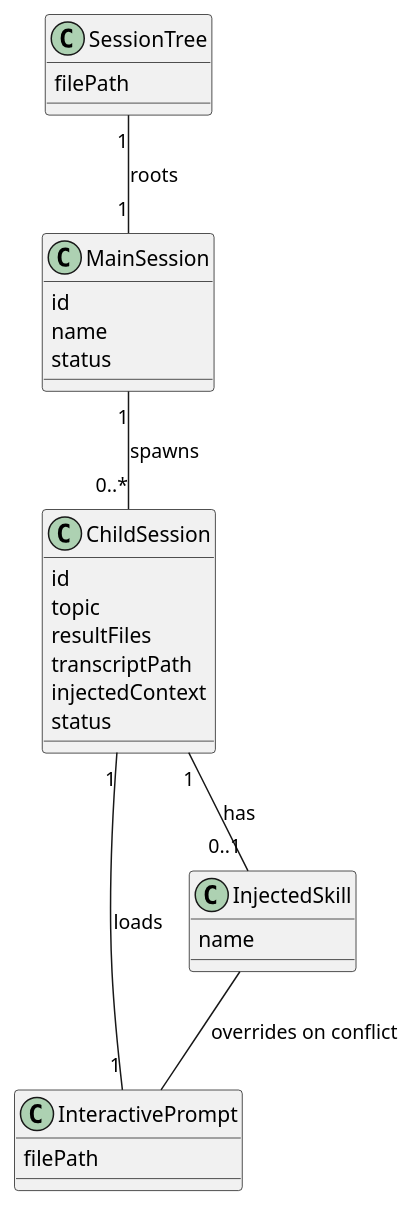
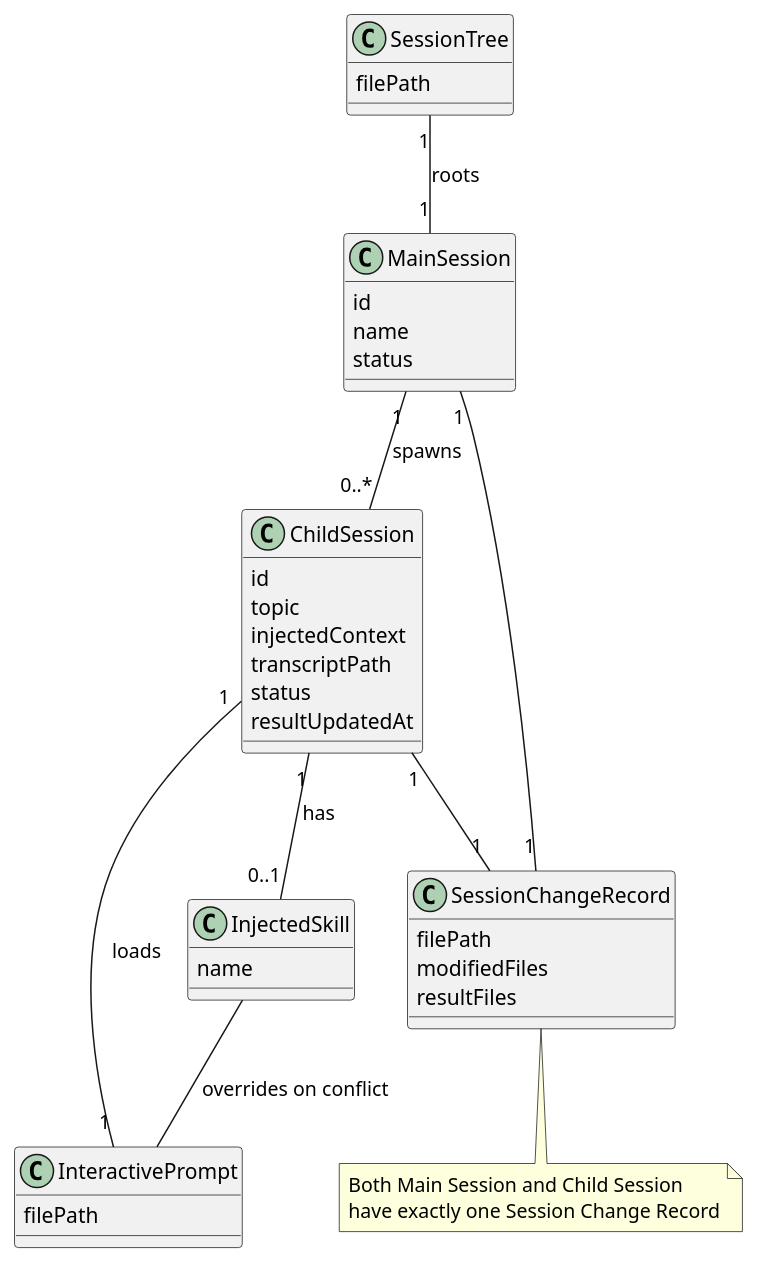
The first of 2 diagrams in A4/co-think/2026-03-29-1500-agent-orchestrator.domain.md (studykit/studykit-marketplace), drawn with PlantUML before and after one commit. The commit also changed other lines of this file and 6 other files, not shown here.

````diff
--- a/A4/co-think/2026-03-29-1500-agent-orchestrator.domain.md
+++ b/A4/co-think/2026-03-29-1500-agent-orchestrator.domain.md
@@ -29,36 +30,49 @@
 ```plantuml
 @startuml
 class MainSession {
   id
   name
   status
 }
 
 class ChildSession {
   id
   topic
-  resultFiles
+  injectedContext
   transcriptPath
-  injectedContext
   status
+  resultUpdatedAt
 }
 
 class SessionTree {
   filePath
+}
+
+class SessionChangeRecord {
+  filePath
+  modifiedFiles
+  resultFiles
 }
 
 class InteractivePrompt {
   filePath
 }
 
 class InjectedSkill {
   name
 }
 
 SessionTree "1" -- "1" MainSession : roots
 MainSession "1" -- "0..*" ChildSession : spawns
 ChildSession "1" -- "1" InteractivePrompt : loads
 ChildSession "1" -- "0..1" InjectedSkill : has
 InjectedSkill -- InteractivePrompt : overrides on conflict
+MainSession "1" -- "1" SessionChangeRecord
+ChildSession "1" -- "1" SessionChangeRecord
+
+note bottom of SessionChangeRecord
+  Both Main Session and Child Session
+  have exactly one Session Change Record
+end note
 @enduml
 ```
````
